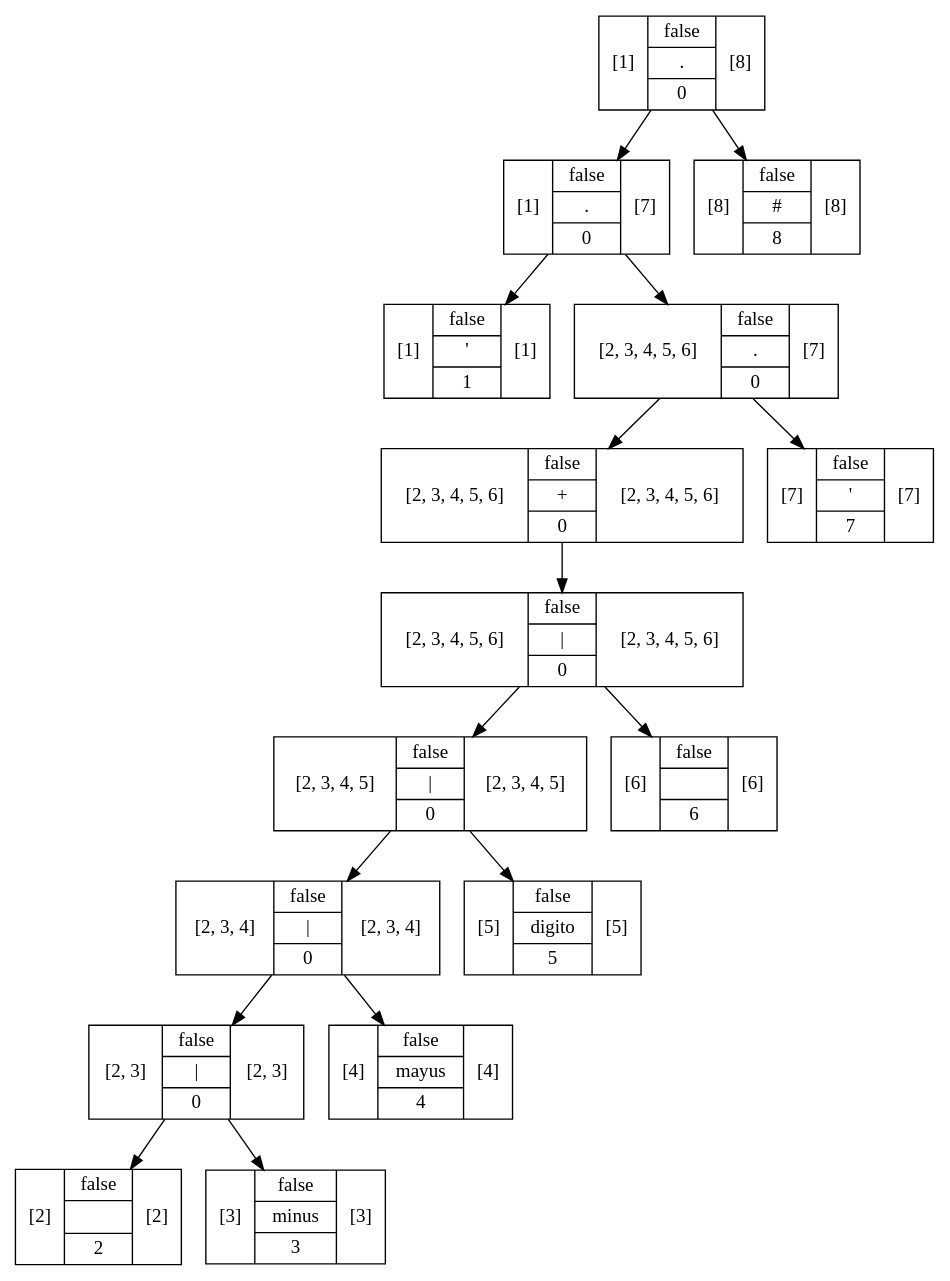
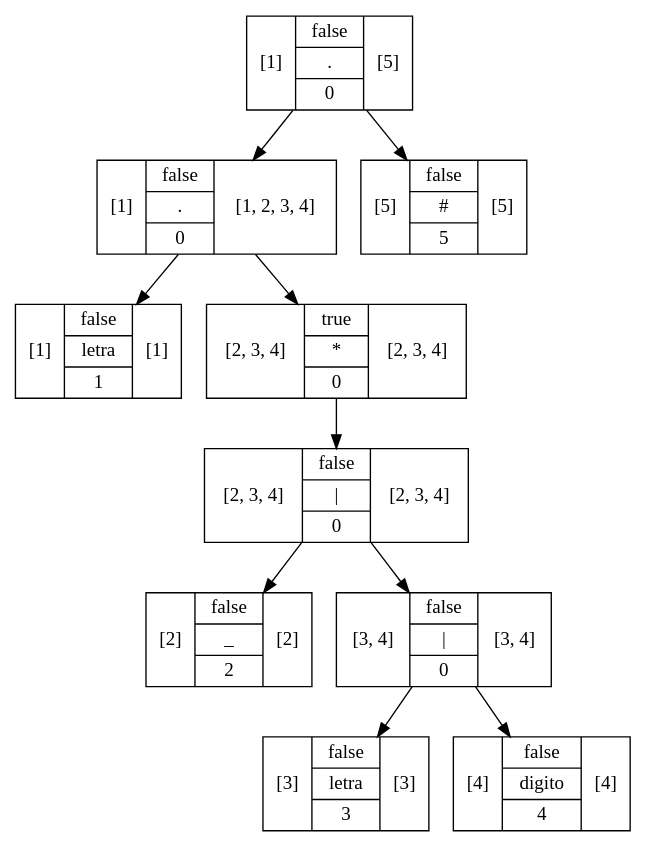
One commit to RojasCJP/Proyecto1_Compi1 changed the diagram in out/production/Proyecto1/Graphviz/Arbol9.dot. Above: the diagram before and after it, drawn with Graphviz. The commit also changed 616 other files, not shown here.

```diff
--- a/out/production/Proyecto1/Graphviz/Arbol9.dot
+++ b/out/production/Proyecto1/Graphviz/Arbol9.dot
@@ -1,33 +1,21 @@
 digraph structs {
-    node [shape=record];ArbolNodoMetodo70d653f1[label="[1]|{false|{\'}|1}|[1]"];
-ArbolNodoMetodo3b81659c[label="[2]|{false|{\n}|2}|[2]"];
-ArbolNodoMetodo4752b35d[label="[3]|{false|{minus}|3}|[3]"];
-ArbolNodoMetodo65eb35a3[label="[2, 3]|{false|{\|}|0}|[2, 3]"];
-ArbolNodoMetodo65eb35a3 -> ArbolNodoMetodo3b81659c;
-ArbolNodoMetodo65eb35a3 -> ArbolNodoMetodo4752b35d;
-ArbolNodoMetodo2760ab34[label="[4]|{false|{mayus}|4}|[4]"];
-ArbolNodoMetodo17fd97c1[label="[2, 3, 4]|{false|{\|}|0}|[2, 3, 4]"];
-ArbolNodoMetodo17fd97c1 -> ArbolNodoMetodo65eb35a3;
-ArbolNodoMetodo17fd97c1 -> ArbolNodoMetodo2760ab34;
-ArbolNodoMetodo45671638[label="[5]|{false|{digito}|5}|[5]"];
-ArbolNodoMetodo791d651a[label="[2, 3, 4, 5]|{false|{\|}|0}|[2, 3, 4, 5]"];
-ArbolNodoMetodo791d651a -> ArbolNodoMetodo17fd97c1;
-ArbolNodoMetodo791d651a -> ArbolNodoMetodo45671638;
-ArbolNodoMetodo5b864806[label="[6]|{false|{ }|6}|[6]"];
-ArbolNodoMetodo20be9f28[label="[2, 3, 4, 5, 6]|{false|{\|}|0}|[2, 3, 4, 5, 6]"];
-ArbolNodoMetodo20be9f28 -> ArbolNodoMetodo791d651a;
-ArbolNodoMetodo20be9f28 -> ArbolNodoMetodo5b864806;
-ArbolNodoMetodo5d959bd1[label="[2, 3, 4, 5, 6]|{false|{+}|0}|[2, 3, 4, 5, 6]"];
-ArbolNodoMetodo5d959bd1 -> ArbolNodoMetodo20be9f28;
-ArbolNodoMetodo4fb200cc[label="[7]|{false|{\'}|7}|[7]"];
-ArbolNodoMetodo261da744[label="[2, 3, 4, 5, 6]|{false|{.}|0}|[7]"];
-ArbolNodoMetodo261da744 -> ArbolNodoMetodo5d959bd1;
-ArbolNodoMetodo261da744 -> ArbolNodoMetodo4fb200cc;
-ArbolNodoMetodo728e2b70[label="[1]|{false|{.}|0}|[7]"];
-ArbolNodoMetodo728e2b70 -> ArbolNodoMetodo70d653f1;
-ArbolNodoMetodo728e2b70 -> ArbolNodoMetodo261da744;
-ArbolNodoMetodo3b47de3[label="[8]|{false|{#}|8}|[8]"];
-ArbolNodoMetodo5c5fa939[label="[1]|{false|{.}|0}|[8]"];
-ArbolNodoMetodo5c5fa939 -> ArbolNodoMetodo728e2b70;
-ArbolNodoMetodo5c5fa939 -> ArbolNodoMetodo3b47de3;
+    node [shape=record];ArbolNodoMetodo1b15f009[label="[1]|{false|{letra}|1}|[1]"];
+ArbolNodoMetodo6dab5476[label="[2]|{false|{_}|2}|[2]"];
+ArbolNodoMetodo6f46f0e2[label="[3]|{false|{letra}|3}|[3]"];
+ArbolNodoMetodof102100[label="[4]|{false|{digito}|4}|[4]"];
+ArbolNodoMetodo3bb11d53[label="[3, 4]|{false|{\|}|0}|[3, 4]"];
+ArbolNodoMetodo3bb11d53 -> ArbolNodoMetodo6f46f0e2;
+ArbolNodoMetodo3bb11d53 -> ArbolNodoMetodof102100;
+ArbolNodoMetodoc0ee6b7[label="[2, 3, 4]|{false|{\|}|0}|[2, 3, 4]"];
+ArbolNodoMetodoc0ee6b7 -> ArbolNodoMetodo6dab5476;
+ArbolNodoMetodoc0ee6b7 -> ArbolNodoMetodo3bb11d53;
+ArbolNodoMetodo5497c634[label="[2, 3, 4]|{true|{*}|0}|[2, 3, 4]"];
+ArbolNodoMetodo5497c634 -> ArbolNodoMetodoc0ee6b7;
+ArbolNodoMetodo5a81f587[label="[1]|{false|{.}|0}|[1, 2, 3, 4]"];
+ArbolNodoMetodo5a81f587 -> ArbolNodoMetodo1b15f009;
+ArbolNodoMetodo5a81f587 -> ArbolNodoMetodo5497c634;
+ArbolNodoMetodo69e92001[label="[5]|{false|{#}|5}|[5]"];
+ArbolNodoMetodo12a948d5[label="[1]|{false|{.}|0}|[5]"];
+ArbolNodoMetodo12a948d5 -> ArbolNodoMetodo5a81f587;
+ArbolNodoMetodo12a948d5 -> ArbolNodoMetodo69e92001;
 }
```
